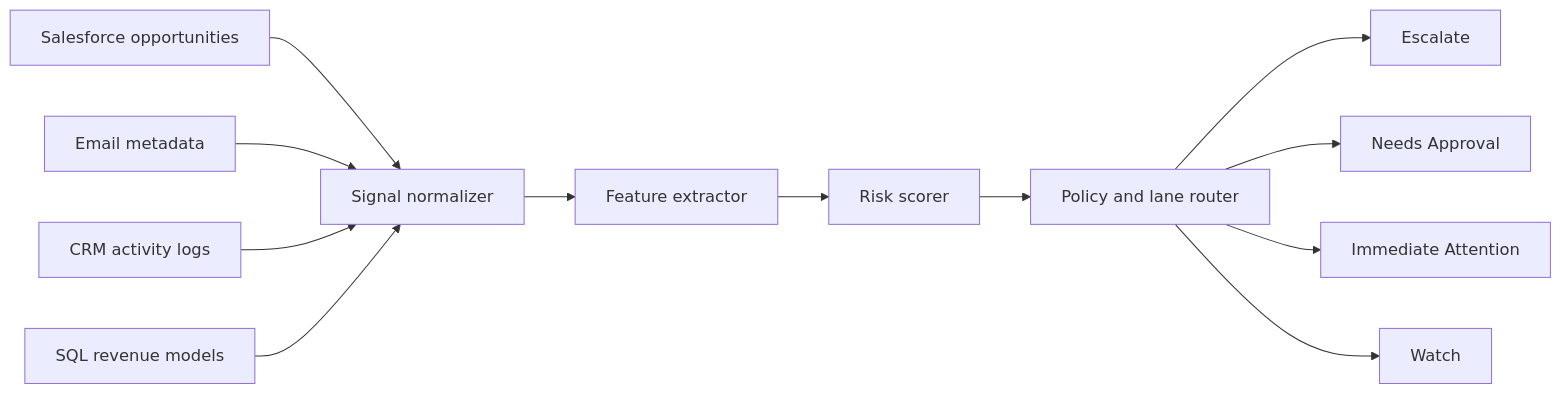
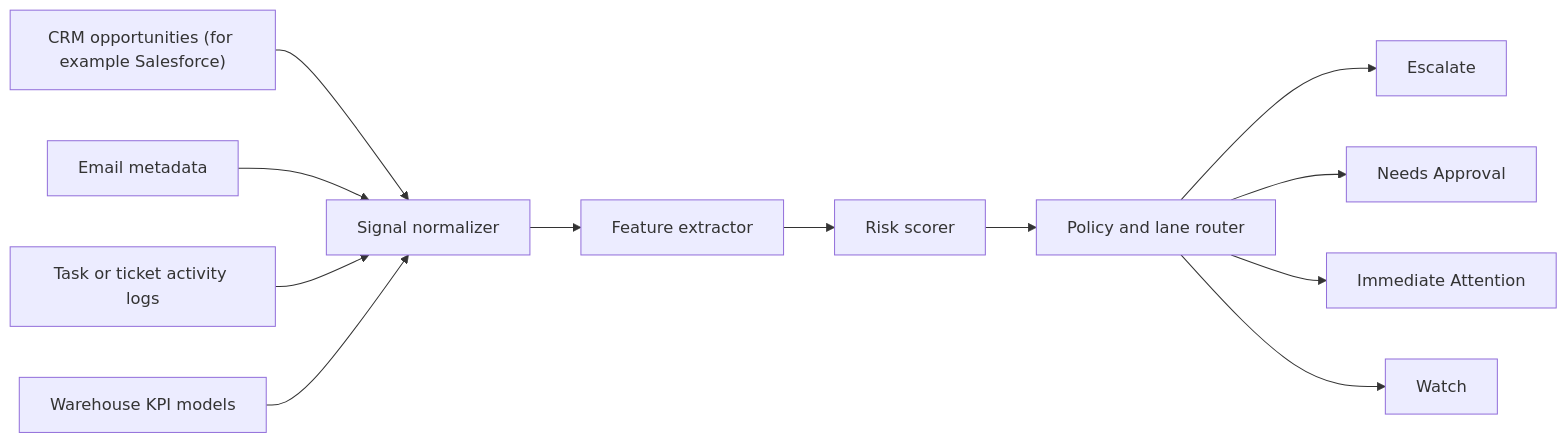
One commit to divamidesignlabs/ai-pylogue changed the sixth of 8 diagrams in docs/feat/intelligent-canvas.md. Above: the diagram before and after it, drawn with Mermaid. The commit also changed other lines of this file and 2 other files, not shown here.

````diff
--- a/docs/feat/intelligent-canvas.md
+++ b/docs/feat/intelligent-canvas.md
@@ -232,15 +232,15 @@
 ```mermaid
 flowchart LR
-  D1["Salesforce opportunities"] --> N["Signal normalizer"]
+  D1["CRM opportunities (for example Salesforce)"] --> N["Signal normalizer"]
   D2["Email metadata"] --> N
-  D3["CRM activity logs"] --> N
-  D4["SQL revenue models"] --> N
+  D3["Task or ticket activity logs"] --> N
+  D4["Warehouse KPI models"] --> N
 
   N --> F["Feature extractor"]
   F --> SC["Risk scorer"]
   SC --> P["Policy and lane router"]
   P --> L1["Escalate"]
   P --> L2["Needs Approval"]
   P --> L3["Immediate Attention"]
   P --> L4["Watch"]
 ```
````
